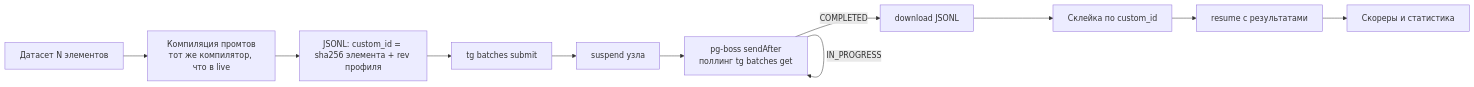
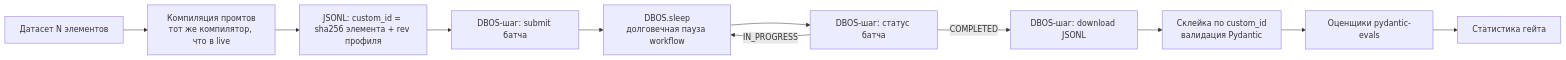
Before and after one commit to lastonoga/AQVEN: the diagram in docs/11-providers.md, drawn with Mermaid. The commit also changed other lines of this file and 476 other files, not shown here.

````diff
--- a/docs/11-providers.md
+++ b/docs/11-providers.md
@@ -736,13 +824,13 @@
 ```mermaid
 flowchart LR
   A[Датасет N элементов] --> B[Компиляция промтов<br/>тот же компилятор, что в live]
   B --> C[JSONL: custom_id = sha256 элемента + rev профиля]
-  C --> D[tg batches submit]
-  D --> E[suspend узла]
-  E --> F[pg-boss sendAfter<br/>поллинг tg batches get]
-  F -->|IN_PROGRESS| F
-  F -->|COMPLETED| G[download JSONL]
-  G --> H[Склейка по custom_id]
-  H --> I[resume с результатами]
-  I --> J[Скореры и статистика]
+  C --> D[DBOS-шаг: submit батча]
+  D --> E[DBOS.sleep<br/>долговечная пауза workflow]
+  E --> F[DBOS-шаг: статус батча]
+  F -->|IN_PROGRESS| E
+  F -->|COMPLETED| G[DBOS-шаг: download JSONL]
+  G --> H[Склейка по custom_id<br/>валидация Pydantic]
+  H --> I[Оценщики pydantic-evals]
+  I --> J[Статистика гейта]
 ```
````
